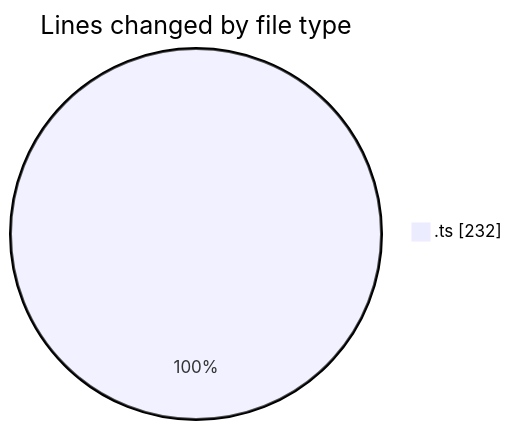
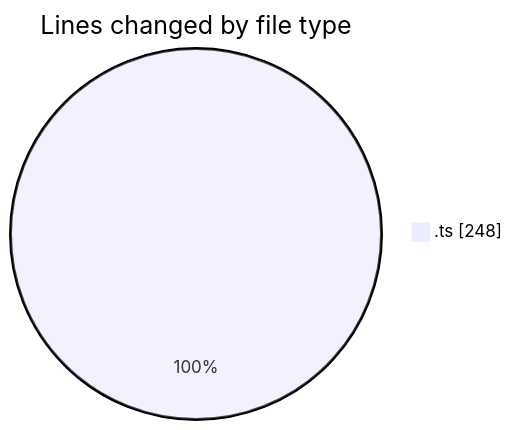
The first of 2 diagrams in 2026-02-03/singularitybrainai/README.md (tmsrecording-cyber/code-tracking), drawn with Mermaid before and after one commit. The commit also changed other lines of this file and 1 other file, not shown here.

````diff
--- a/2026-02-03/singularitybrainai/README.md
+++ b/2026-02-03/singularitybrainai/README.md
@@ -20,5 +20,5 @@
 ```mermaid
 pie showData
 title Lines changed by file type
-".ts" : 232
+".ts" : 248
 ```
````
